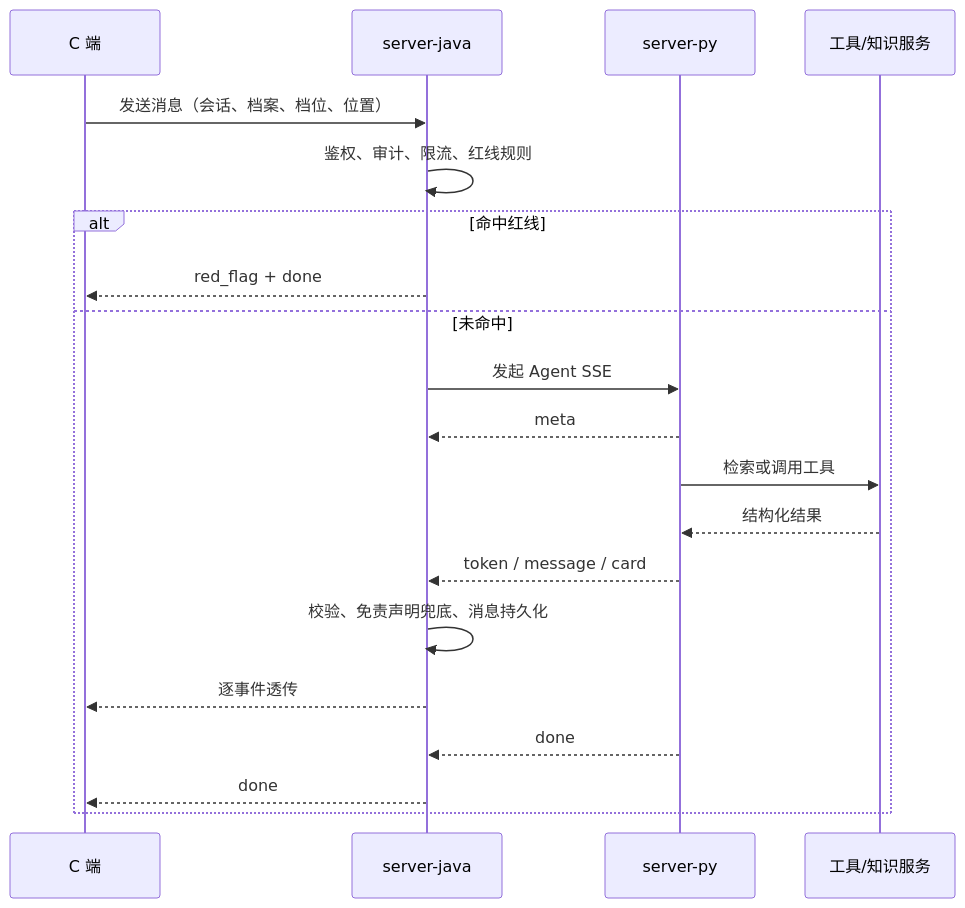
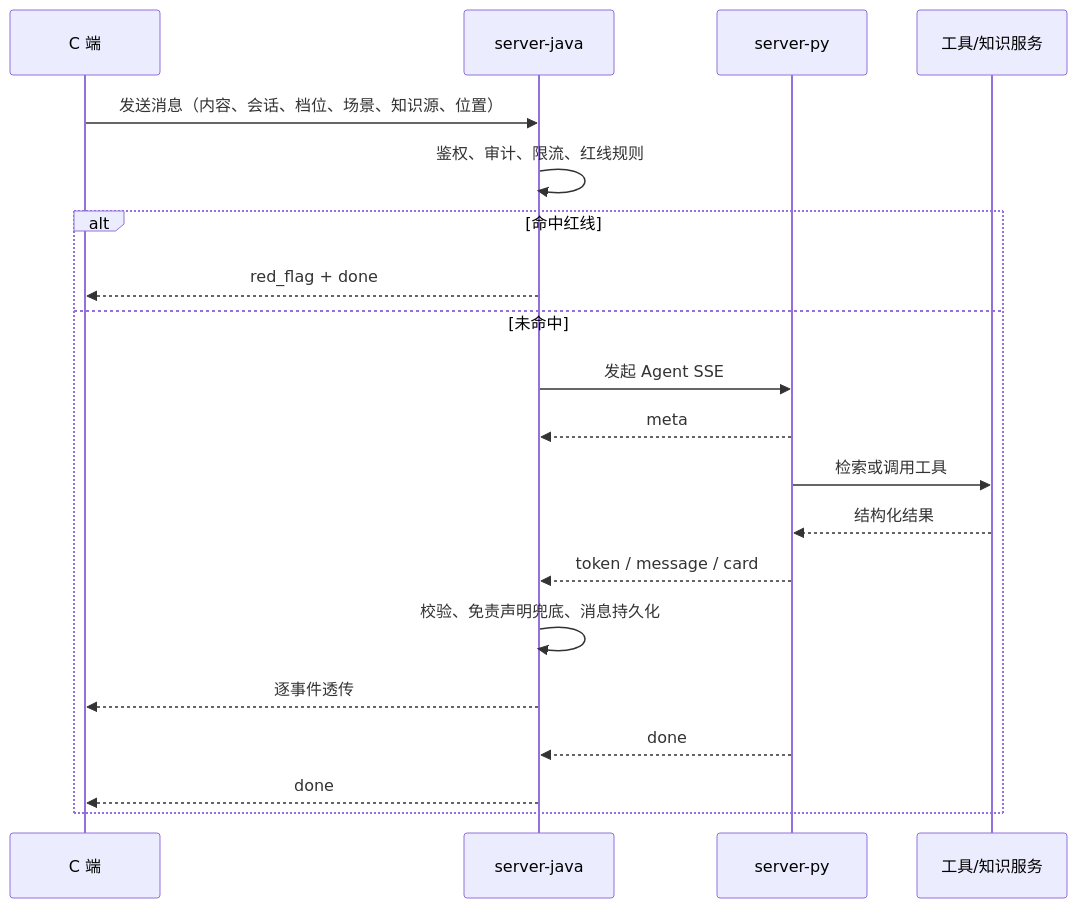
One commit to ILoveFurina/zhiyu-health changed the third of 3 diagrams in docs/to-human/server-java-server-py-system-analysis-design.md. Above: the diagram before and after it, drawn with Mermaid. The commit also changed other lines of this file and 2 other files, not shown here.

````diff
--- a/docs/to-human/server-java-server-py-system-analysis-design.md
+++ b/docs/to-human/server-java-server-py-system-analysis-design.md
@@ -361,22 +387,22 @@
 ```mermaid
 sequenceDiagram
   participant C as C 端
   participant J as server-java
   participant P as server-py
   participant T as 工具/知识服务
-  C->>J: 发送消息（会话、档案、档位、位置）
+  C->>J: 发送消息（内容、会话、档位、场景、知识源、位置）
   J->>J: 鉴权、审计、限流、红线规则
   alt 命中红线
     J-->>C: red_flag + done
   else 未命中
     J->>P: 发起 Agent SSE
     P-->>J: meta
     P->>T: 检索或调用工具
     T-->>P: 结构化结果
     P-->>J: token / message / card
     J->>J: 校验、免责声明兜底、消息持久化
     J-->>C: 逐事件透传
     P-->>J: done
     J-->>C: done
   end
 ```
````
